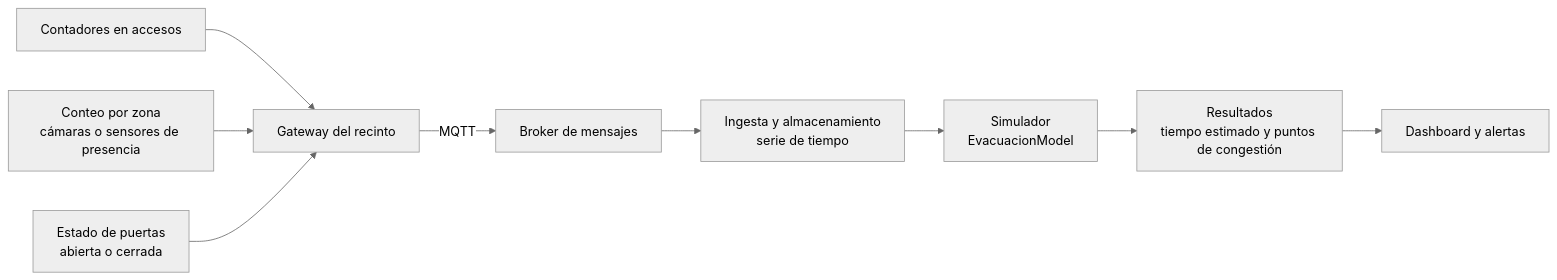
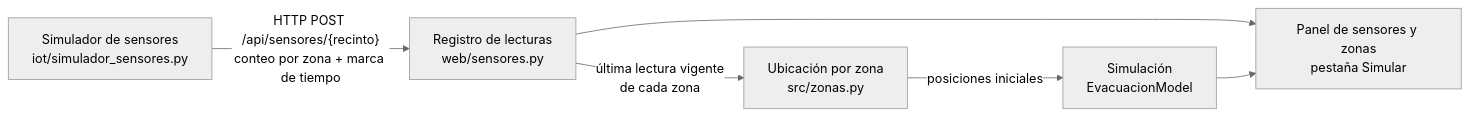
The diagram in docs/iot.md (moragentil/aglomera), drawn with Mermaid (neutral theme) before and after one commit. The commit also changed other lines of this file and 4 other files, not shown here.

````diff
--- a/docs/iot.md
+++ b/docs/iot.md
@@ -21,11 +24,8 @@
 ```mermaid
 flowchart LR
-    S1["Contadores en accesos"] --> G["Gateway del recinto"]
-    S2["Conteo por zona<br/>cámaras o sensores de presencia"] --> G
-    S3["Estado de puertas<br/>abierta o cerrada"] --> G
-    G -- "MQTT" --> B["Broker de mensajes"]
-    B --> I["Ingesta y almacenamiento<br/>serie de tiempo"]
-    I --> M["Simulador<br/>EvacuacionModel"]
-    M --> R["Resultados<br/>tiempo estimado y puntos de congestión"]
-    R --> D["Dashboard y alertas"]
+    S["Simulador de sensores<br/>iot/simulador_sensores.py"] -- "HTTP POST /api/sensores/{recinto}<br/>conteo por zona + marca de tiempo" --> R["Registro de lecturas<br/>web/sensores.py"]
+    R -- "última lectura vigente<br/>de cada zona" --> U["Ubicación por zona<br/>src/zonas.py"]
+    U -- "posiciones iniciales" --> M["Simulación<br/>EvacuacionModel"]
+    R --> P["Panel de sensores y zonas<br/>pestaña Simular"]
+    M --> P
 ```
````
